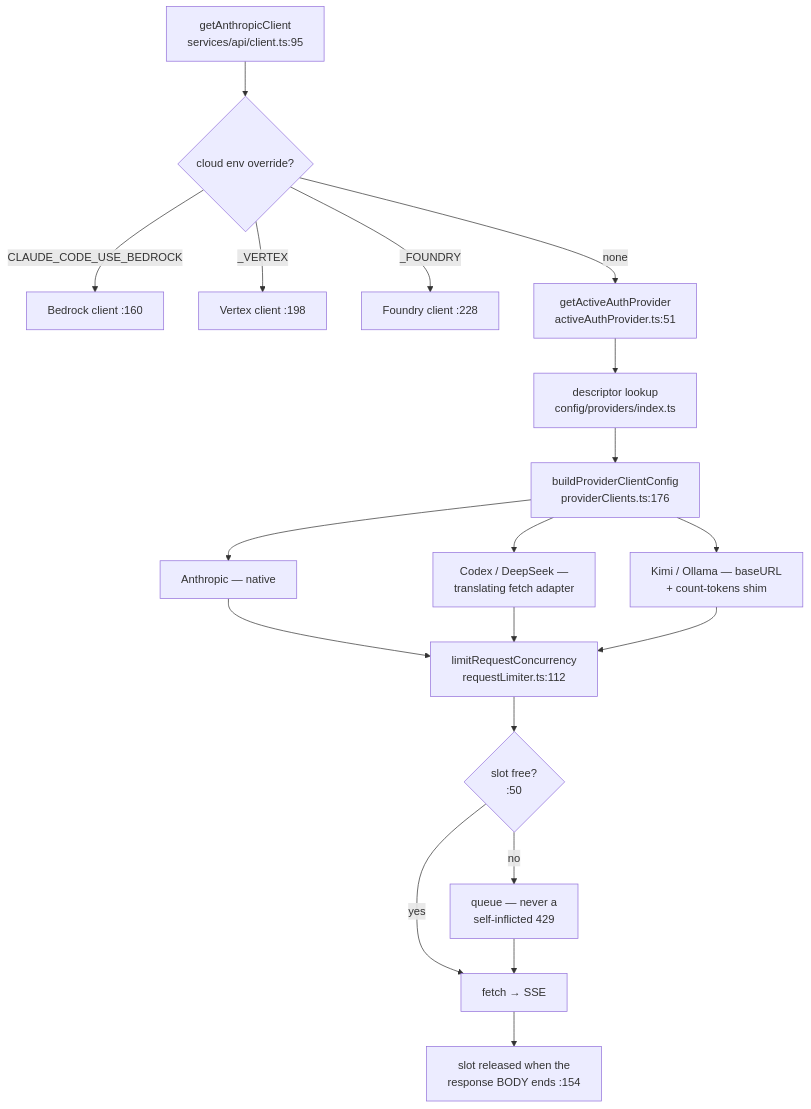
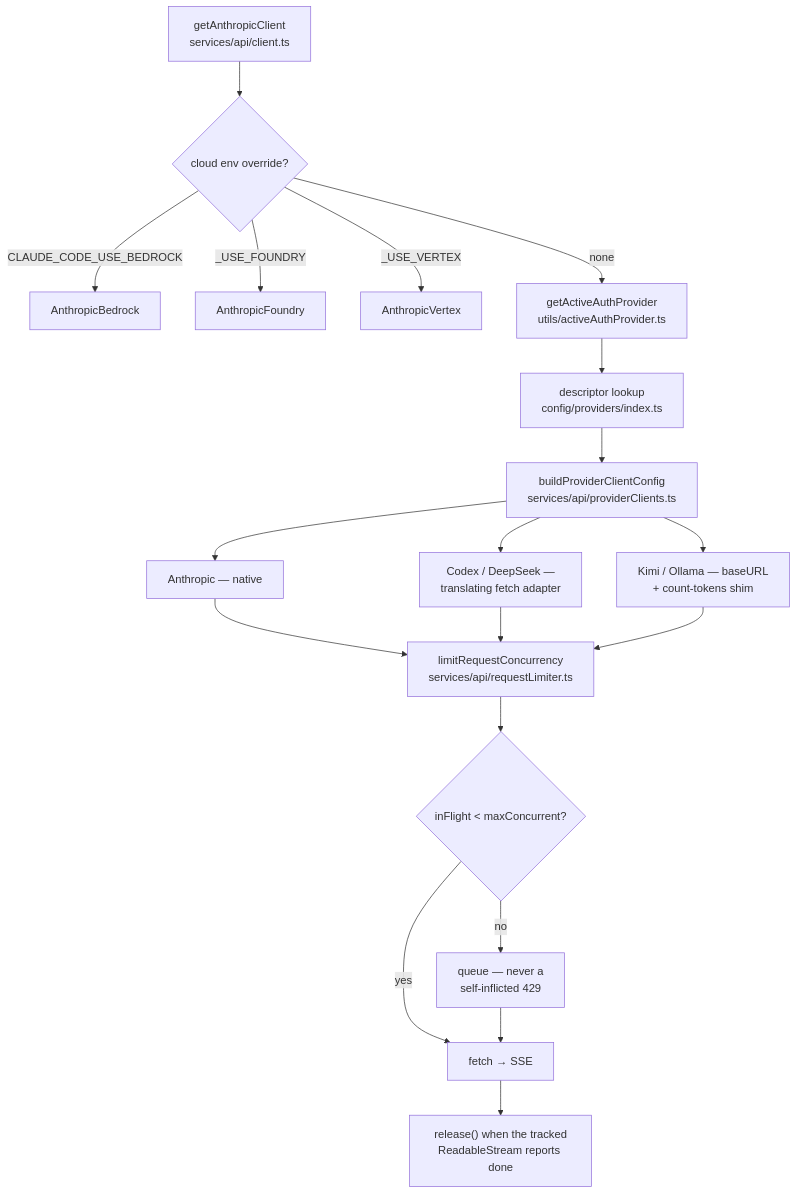
The fifth of 8 diagrams in docs/ARCHITECTURE.md (cristianizzo/axa-chat), drawn with Mermaid before and after one commit. The commit also changed other lines of this file, not shown here.

First line of the commit message:
docs: cite ARCHITECTURE.md by name instead of by line number

````diff
--- a/docs/ARCHITECTURE.md
+++ b/docs/ARCHITECTURE.md
@@ -211,21 +239,21 @@
 ```mermaid
 flowchart TD
-    A["getAnthropicClient<br/>services/api/client.ts:95"] --> B{"cloud env override?"}
-    B -->|"CLAUDE_CODE_USE_BEDROCK"| B1["Bedrock client :160"]
-    B -->|_VERTEX| B2["Vertex client :198"]
-    B -->|_FOUNDRY| B3["Foundry client :228"]
-    B -->|none| C["getActiveAuthProvider<br/>activeAuthProvider.ts:51"]
+    A["getAnthropicClient<br/>services/api/client.ts"] --> B{"cloud env override?"}
+    B -->|"CLAUDE_CODE_USE_BEDROCK"| B1["AnthropicBedrock"]
+    B -->|_USE_FOUNDRY| B2["AnthropicFoundry"]
+    B -->|_USE_VERTEX| B3["AnthropicVertex"]
+    B -->|none| C["getActiveAuthProvider<br/>utils/activeAuthProvider.ts"]
     C --> D["descriptor lookup<br/>config/providers/index.ts"]
-    D --> E["buildProviderClientConfig<br/>providerClients.ts:176"]
+    D --> E["buildProviderClientConfig<br/>services/api/providerClients.ts"]
     E --> F1["Anthropic — native"]
     E --> F2["Codex / DeepSeek —<br/>translating fetch adapter"]
     E --> F3["Kimi / Ollama — baseURL<br/>+ count-tokens shim"]
-    F1 --> G["limitRequestConcurrency<br/>requestLimiter.ts:112"]
+    F1 --> G["limitRequestConcurrency<br/>services/api/requestLimiter.ts"]
     F2 --> G
     F3 --> G
-    G --> H{"slot free?<br/>:50"}
+    G --> H{"inFlight &lt; maxConcurrent?"}
     H -->|no| H1["queue — never a<br/>self-inflicted 429"]
     H -->|yes| I["fetch → SSE"]
     H1 --> I
-    I --> J["slot released when the<br/>response BODY ends :154"]
+    I --> J["release() when the tracked<br/>ReadableStream reports done"]
 ```
````
